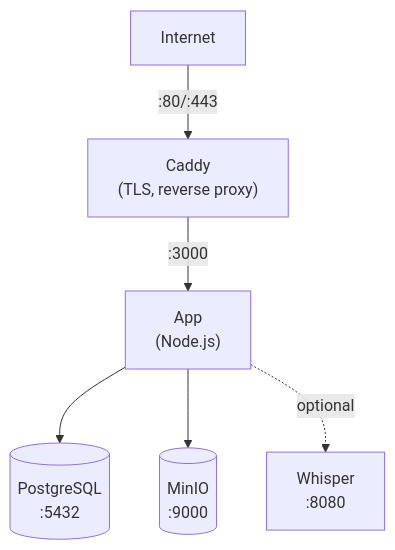
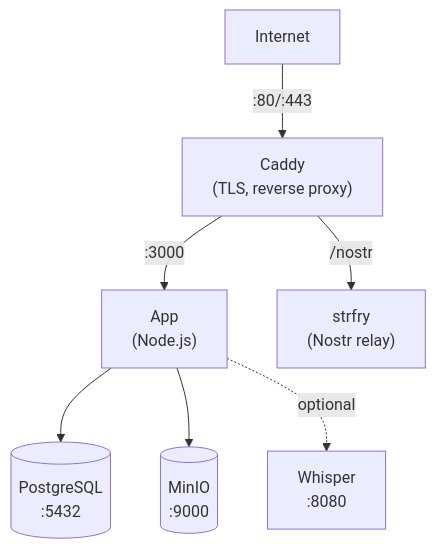
One commit to rhonda-rodododo/llamenos-hotline changed the diagram in site/src/content/docs/en/deploy-docker.md. Above: the diagram before and after it, drawn with Mermaid. The commit also changed other lines of this file and 11 other files, not shown here.

````diff
--- a/site/src/content/docs/en/deploy-docker.md
+++ b/site/src/content/docs/en/deploy-docker.md
@@ -276,8 +250,9 @@
 ```mermaid
 flowchart TD
     Internet -->|":80/:443"| Caddy["Caddy<br/>(TLS, reverse proxy)"]
     Caddy -->|":3000"| App["App<br/>(Node.js)"]
+    Caddy -->|"/nostr"| Strfry["strfry<br/>(Nostr relay)"]
     App --> PostgreSQL[("PostgreSQL<br/>:5432")]
     App --> MinIO[("MinIO<br/>:9000")]
     App -.->|"optional"| Whisper["Whisper<br/>:8080"]
 ```
````
